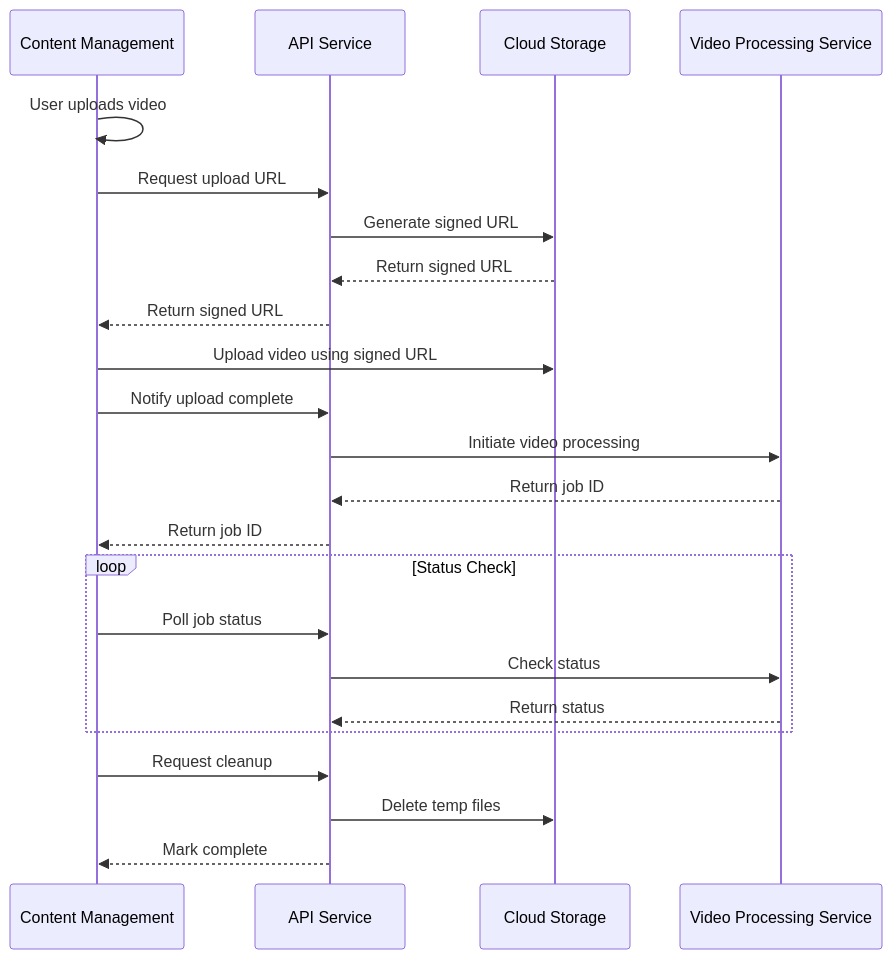
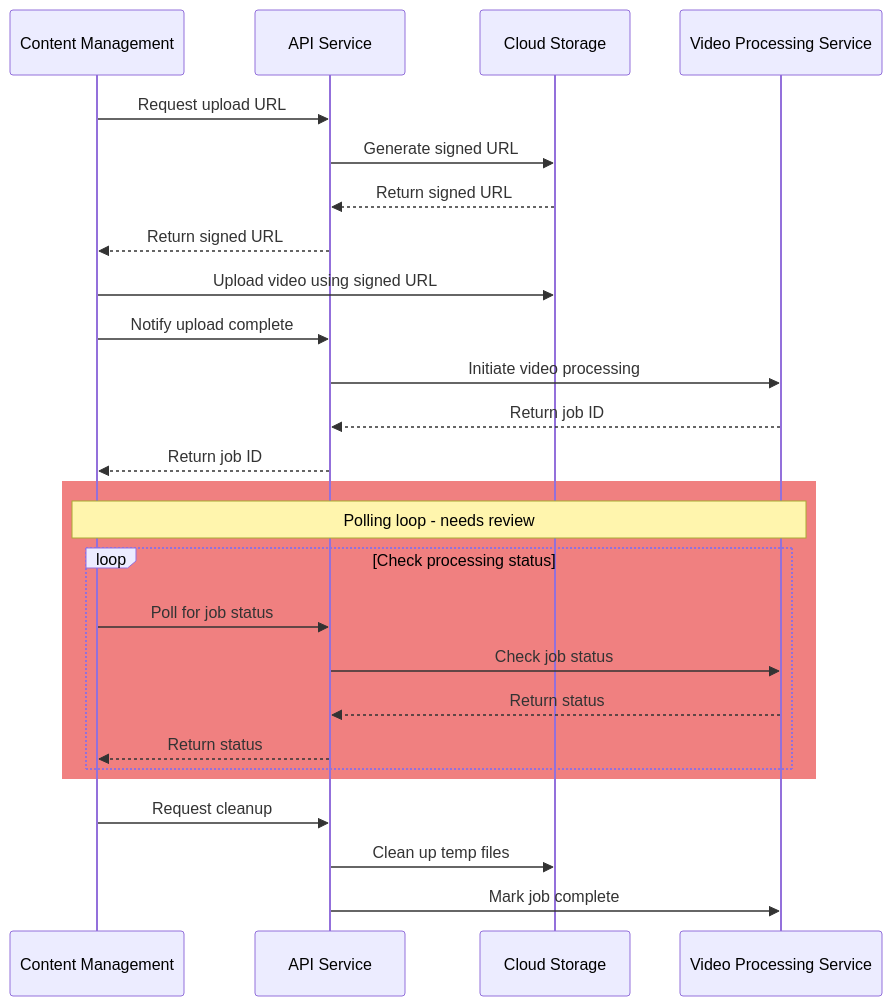
Before and after one commit to lttr/ai-experiments: the diagram in experiments/sequence-diagram/end/diagram.md, drawn with Mermaid. The commit also changed 1 other file, not shown here.

Commit message:
Add highlighted part into sequence diagram

````diff
--- a/experiments/sequence-diagram/end/diagram.md
+++ b/experiments/sequence-diagram/end/diagram.md
@@ -1,26 +1,31 @@
 ```mermaid
 sequenceDiagram
     participant CM as Content Management
     participant API as API Service
     participant CS as Cloud Storage
     participant VP as Video Processing Service
 
-    CM->>CM: User uploads video
     CM->>API: Request upload URL
     API->>CS: Generate signed URL
     CS-->>API: Return signed URL
     API-->>CM: Return signed URL
     CM->>CS: Upload video using signed URL
     CM->>API: Notify upload complete
     API->>VP: Initiate video processing
     VP-->>API: Return job ID
     API-->>CM: Return job ID
-    loop Status Check
-        CM->>API: Poll job status
-        API->>VP: Check status
+
+    rect rgb(240, 128, 128)
+    Note over CM,VP: Polling loop - needs review
+    loop Check processing status
+        CM->>API: Poll for job status
+        API->>VP: Check job status
         VP-->>API: Return status
+        API-->>CM: Return status
     end
+    end
+
     CM->>API: Request cleanup
-    API->>CS: Delete temp files
-    API-->>CM: Mark complete
+    API->>CS: Clean up temp files
+    API->>VP: Mark job complete
 ```
````
